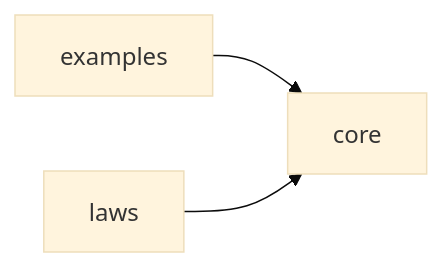
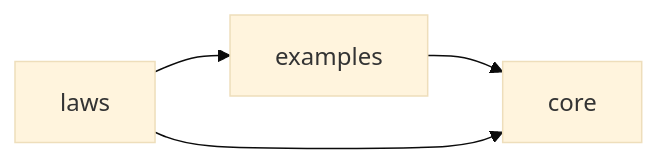
The first of 6 diagrams in ROADMAP.md (RedMonad/xjdf4s), drawn with Mermaid (base theme) before and after one commit. The commit also changed other lines of this file and 1 other file, not shown here.

Commit message:
M1: update ROADMAP for PR-13 (M1.2-6, M1.5-1…M1.5-4)

````diff
--- a/ROADMAP.md
+++ b/ROADMAP.md
@@ -182,5 +182,6 @@
 ```mermaid
 flowchart LR
     examples --> core
     laws --> core
+    laws --> examples
 ```
````
